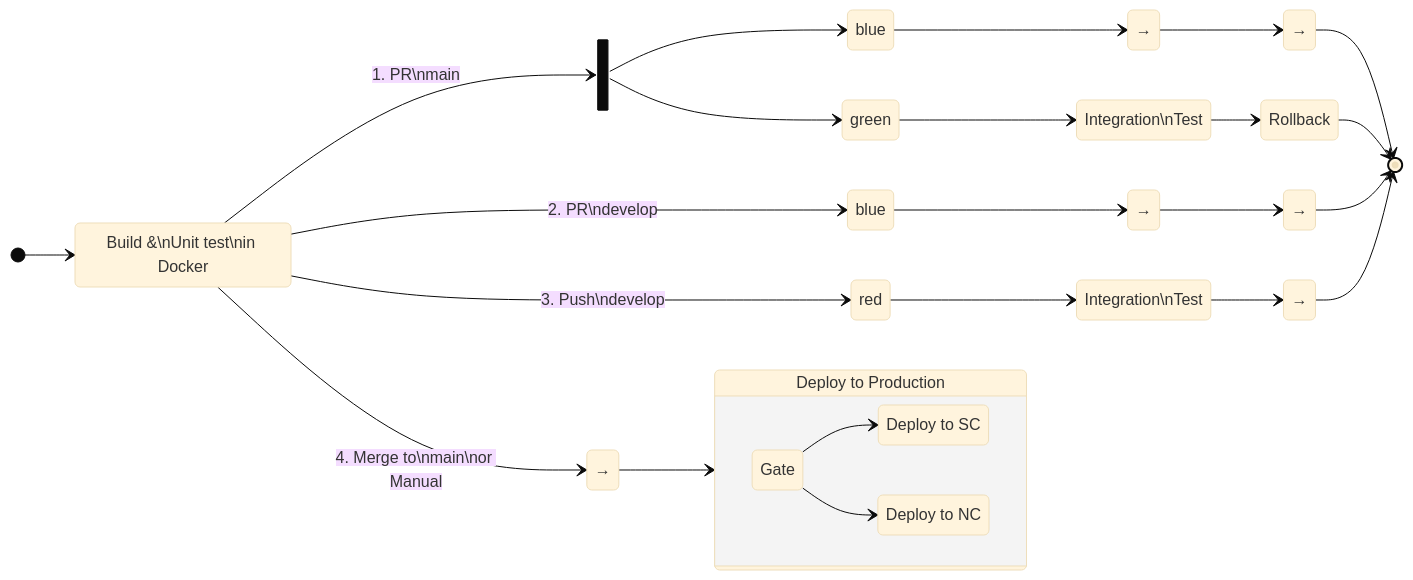
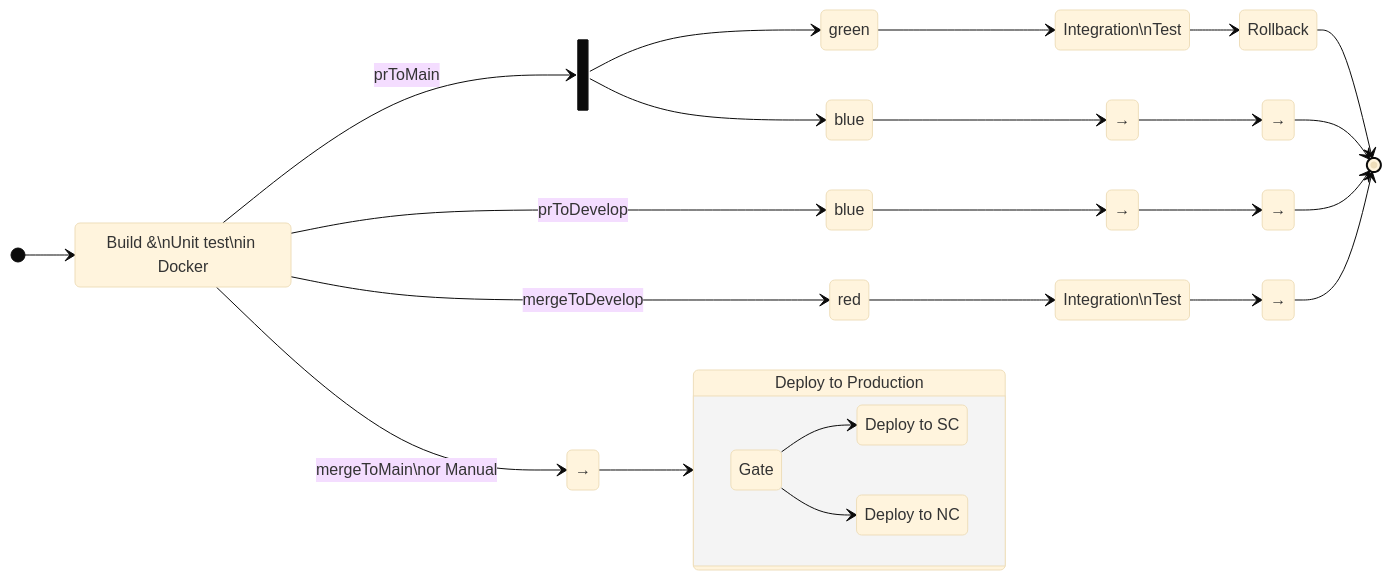
The diagram in _posts/2024-08-21-build-pipeline.md (Seekatar/seekatar.github.io), drawn with Mermaid (base theme) before and after one commit. The commit also changed other lines of this file and 6 other files, not shown here.

````diff
--- a/_posts/2024-08-21-build-pipeline.md
+++ b/_posts/2024-08-21-build-pipeline.md
@@ -51,60 +55,60 @@
 ```mermaid
 stateDiagram
     direction LR
 
     state "Build &\nUnit test\nin Docker" as b
     state fork <<fork>>
 
     state "→" as i1
     state "→" as i2
     state "Integration\nTest" as i21
     state "Integration\nTest" as i4
 
     state "→" as r1
     state "→" as r2
     state "Rollback" as r21
     state "→" as r4
 
     state "blue" as d1
     state "blue" as d2
 
     state "red" as nd
     state "green" as t
     state "→" as e2
 
 
     [*] --> b
 
-    b --> fork : 1. PR\nmain
+    b --> fork : prToMain
     fork --> d2
-    d2 --> i2
-    i2 --> r2
-    r2 --> [*]
     fork --> t
     t --> i21
     i21 --> r21
     r21 --> [*]
+    d2 --> i2
+    i2 --> r2
+    r2 --> [*]
 
-    b --> d1 : 2. PR\ndevelop
+    b --> d1 : prToDevelop
     d1 --> i1
     i1 --> r1
     r1 --> [*]
 
-    b --> nd : 3. Push\ndevelop
+    b --> nd : mergeToDevelop
     nd --> i4
     i4 --> r4
     r4 --> [*]
 
     state "Deploy to Production" as pp
-    b --> e2 : 4. Merge to\nmain\nor Manual
+    b --> e2 : mergeToMain\nor Manual
     e2 --> pp
 
 state pp {
     direction LR
     state "Gate" as g
     g --> x
     g --> y
     state "Deploy to SC" as x
     state "Deploy to NC" as y
 }
 ```
````
